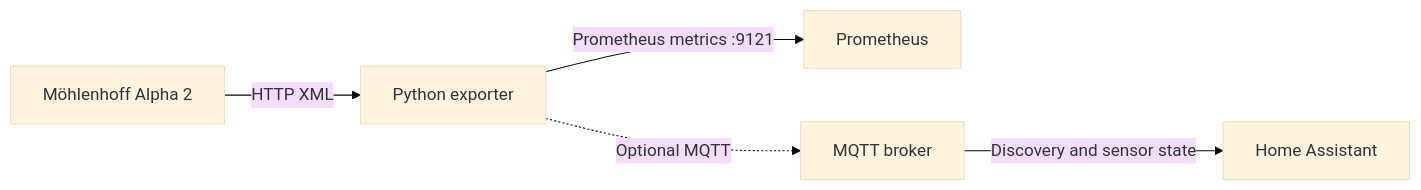
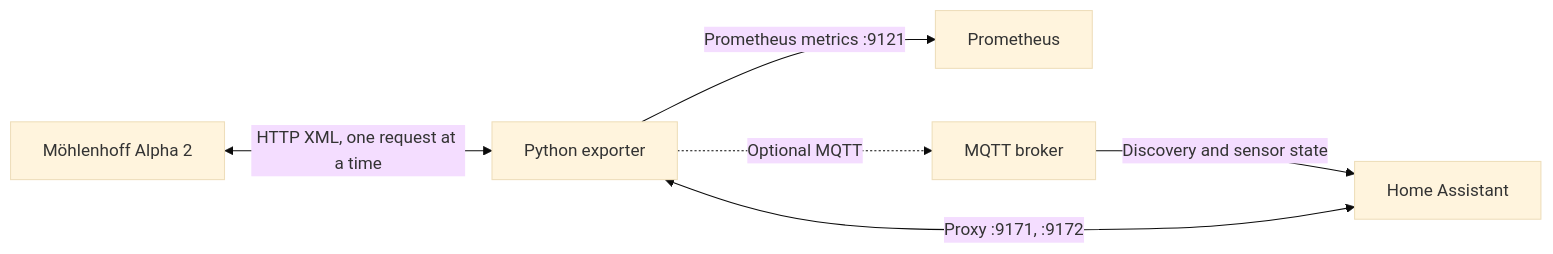
The diagram in README.md (vgropp/moehlenhoff-mqtt-exporter), drawn with Mermaid (base theme) before and after one commit. The commit also changed other lines of this file and 1 other file, not shown here.

First line of the commit message:
feat: add proxy support for the ha integration

````diff
--- a/README.md
+++ b/README.md
@@ -7,7 +7,8 @@
 ```mermaid
 flowchart LR
-    controller["Möhlenhoff Alpha 2"] -->|HTTP XML| exporter["Python exporter"]
+    controller["Möhlenhoff Alpha 2"] <-->|HTTP XML, one request at a time| exporter["Python exporter"]
     exporter -->|Prometheus metrics :9121| prometheus["Prometheus"]
     exporter -.->|Optional MQTT| broker["MQTT broker"]
     broker -->|Discovery and sensor state| homeassistant["Home Assistant"]
+    exporter <-->|Proxy :9171, :9172| homeassistant
 ```
````
